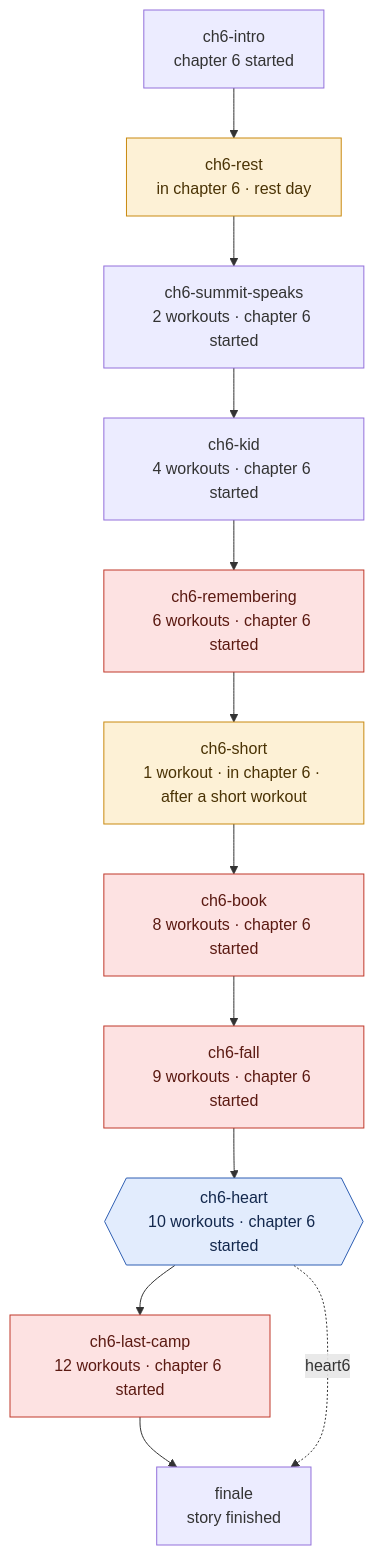
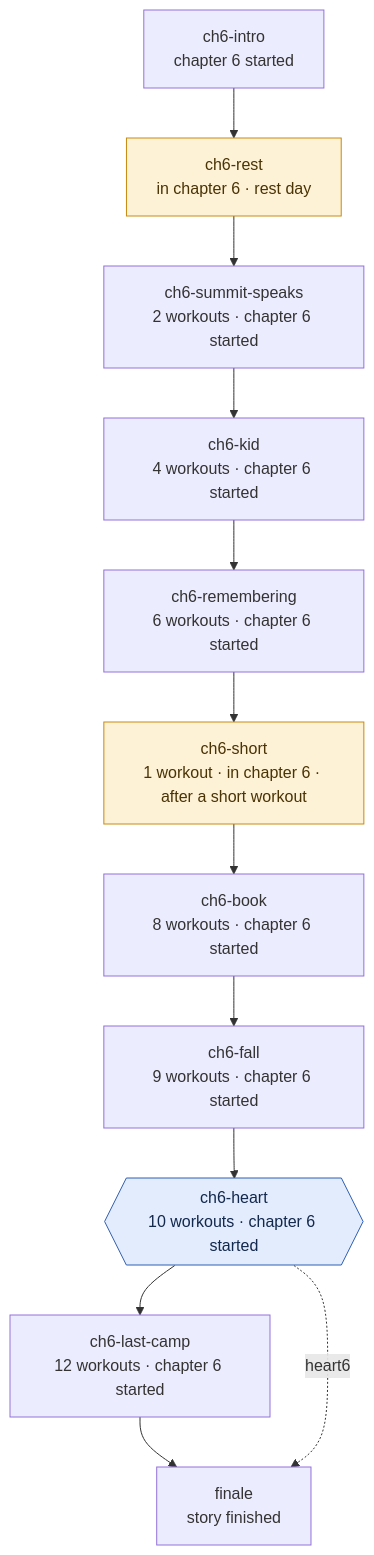
One commit to damicoedoardo/calisthenics-quest changed diagram 17 of 17 in src/story/graph.md. Above: the diagram before and after it, drawn with Mermaid. The commit also changed other lines of this file and 14 other files, not shown here.

First line of the commit message:
Story catches up when a boss falls early, and the graph test holds it

````diff
--- a/src/story/graph.md
+++ b/src/story/graph.md
@@ -648,36 +558,32 @@
 ```mermaid
 flowchart TD
   ch6_intro["ch6-intro<br/>chapter 6 started"]
   ch6_rest["ch6-rest<br/>in chapter 6 · rest day"]
   ch6_summit_speaks["ch6-summit-speaks<br/>2 workouts · chapter 6 started"]
   ch6_kid["ch6-kid<br/>4 workouts · chapter 6 started"]
   ch6_remembering["ch6-remembering<br/>6 workouts · chapter 6 started"]
   ch6_short["ch6-short<br/>1 workout · in chapter 6 · after a short workout"]
   ch6_book["ch6-book<br/>8 workouts · chapter 6 started"]
   ch6_fall["ch6-fall<br/>9 workouts · chapter 6 started"]
   ch6_heart{{"ch6-heart<br/>10 workouts · chapter 6 started"}}
   ch6_last_camp["ch6-last-camp<br/>12 workouts · chapter 6 started"]
   finale["finale<br/>story finished"]
   ch6_intro --> ch6_rest
   ch6_rest --> ch6_summit_speaks
   ch6_summit_speaks --> ch6_kid
   ch6_kid --> ch6_remembering
   ch6_remembering --> ch6_short
   ch6_short --> ch6_book
   ch6_book --> ch6_fall
   ch6_fall --> ch6_heart
   ch6_heart --> ch6_last_camp
   ch6_last_camp --> finale
   ch6_heart -.->|"heart6"| finale
   classDef lost fill:#fde2e2,stroke:#c0392b,color:#5b1a12
   classDef only fill:#fdf1d6,stroke:#c98a10,color:#4a3305
   classDef ask fill:#e2ecfd,stroke:#2f5fb3,color:#13284d
   classDef done fill:#e3f6e5,stroke:#2e8b3e,color:#123d19
-  class ch6_remembering lost
-  class ch6_book lost
-  class ch6_fall lost
   class ch6_heart ask
   class ch6_short only
   class ch6_rest only
-  class ch6_last_camp lost
 ```
````
